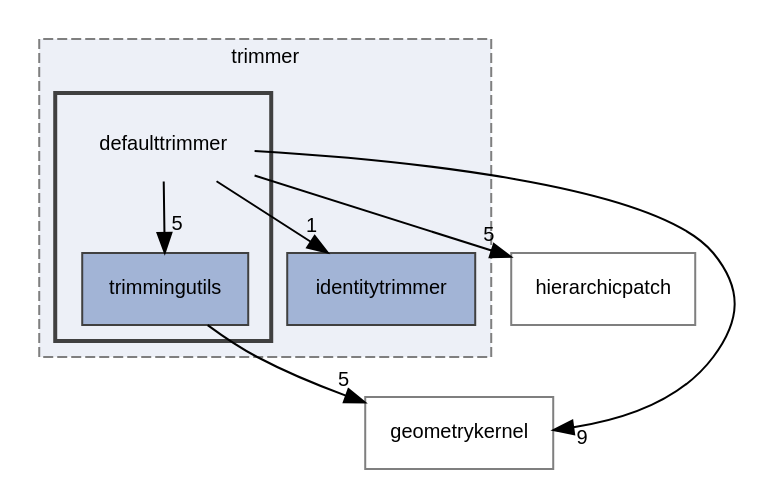
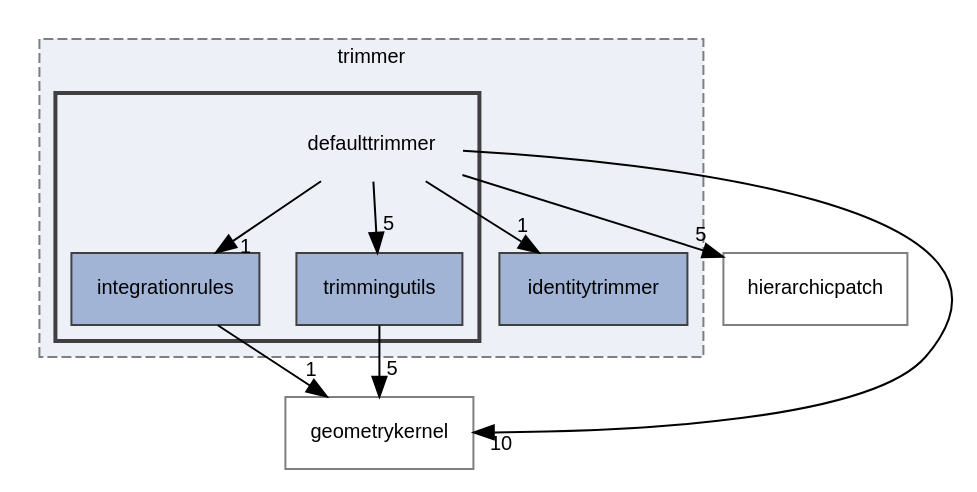
The diagram in dir_265321845ed2650d675b22a94b62262d_dep.dot (rath3t/dune-iga-doc), drawn with Graphviz before and after one commit. The commit also changed 1792 other files, not shown here.

```diff
--- a/dir_265321845ed2650d675b22a94b62262d_dep.dot
+++ b/dir_265321845ed2650d675b22a94b62262d_dep.dot
@@ -1,23 +1,26 @@
 digraph "defaulttrimmer"
 {
  // LATEX_PDF_SIZE
   edge [fontname="Helvetica",fontsize="10",labelfontname="Helvetica",labelfontsize="10"];
   node [fontname="Helvetica",fontsize="10",shape=record];
   compound=true
   subgraph clusterdir_7d0c370ab440c4b4f78419bfc8c93eb8 {
     graph [ bgcolor="#edf0f7", pencolor="grey50", style="filled,dashed,", label="trimmer", fontname="Helvetica", fontsize="10", URL="dir_7d0c370ab440c4b4f78419bfc8c93eb8.html"]
   dir_aa3557bd66a6784b3b9e663253e8d0ba [shape=box, label="identitytrimmer", style="filled,", fillcolor="#a2b4d6", color="grey25", URL="dir_aa3557bd66a6784b3b9e663253e8d0ba.html"];
   subgraph clusterdir_265321845ed2650d675b22a94b62262d {
     graph [ bgcolor="#edf0f7", pencolor="grey25", style="filled,bold,", label="", fontname="Helvetica", fontsize="10", URL="dir_265321845ed2650d675b22a94b62262d.html"]
     dir_265321845ed2650d675b22a94b62262d [shape=plaintext, label="defaulttrimmer"];
+  dir_7ed5cc8732fbacc6a192622dcae82fb8 [shape=box, label="integrationrules", style="filled,", fillcolor="#a2b4d6", color="grey25", URL="dir_7ed5cc8732fbacc6a192622dcae82fb8.html"];
   dir_75403dd546d989c4e56d84af3932dae7 [shape=box, label="trimmingutils", style="filled,", fillcolor="#a2b4d6", color="grey25", URL="dir_75403dd546d989c4e56d84af3932dae7.html"];
   }
   }
   dir_12fc9e68aad46ae2d80ba50ef1c96d76 [shape=box, label="hierarchicpatch", style="", fillcolor="#edf0f7", color="grey50", URL="dir_12fc9e68aad46ae2d80ba50ef1c96d76.html"];
   dir_98571e7345f7327fea7723ec1a12d870 [shape=box, label="geometrykernel", style="", fillcolor="#edf0f7", color="grey50", URL="dir_98571e7345f7327fea7723ec1a12d870.html"];
   dir_265321845ed2650d675b22a94b62262d->dir_12fc9e68aad46ae2d80ba50ef1c96d76 [headlabel="5", labeldistance=1.5 headhref="dir_000001_000007.html"];
-  dir_265321845ed2650d675b22a94b62262d->dir_75403dd546d989c4e56d84af3932dae7 [headlabel="5", labeldistance=1.5 headhref="dir_000001_000021.html"];
-  dir_265321845ed2650d675b22a94b62262d->dir_98571e7345f7327fea7723ec1a12d870 [headlabel="9", labeldistance=1.5 headhref="dir_000001_000006.html"];
+  dir_265321845ed2650d675b22a94b62262d->dir_75403dd546d989c4e56d84af3932dae7 [headlabel="5", labeldistance=1.5 headhref="dir_000001_000022.html"];
+  dir_265321845ed2650d675b22a94b62262d->dir_7ed5cc8732fbacc6a192622dcae82fb8 [headlabel="1", labeldistance=1.5 headhref="dir_000001_000013.html"];
+  dir_265321845ed2650d675b22a94b62262d->dir_98571e7345f7327fea7723ec1a12d870 [headlabel="10", labeldistance=1.5 headhref="dir_000001_000006.html"];
   dir_265321845ed2650d675b22a94b62262d->dir_aa3557bd66a6784b3b9e663253e8d0ba [headlabel="1", labeldistance=1.5 headhref="dir_000001_000009.html"];
-  dir_75403dd546d989c4e56d84af3932dae7->dir_98571e7345f7327fea7723ec1a12d870 [headlabel="5", labeldistance=1.5 headhref="dir_000021_000006.html"];
+  dir_7ed5cc8732fbacc6a192622dcae82fb8->dir_98571e7345f7327fea7723ec1a12d870 [headlabel="1", labeldistance=1.5 headhref="dir_000013_000006.html"];
+  dir_75403dd546d989c4e56d84af3932dae7->dir_98571e7345f7327fea7723ec1a12d870 [headlabel="5", labeldistance=1.5 headhref="dir_000022_000006.html"];
 }
```
